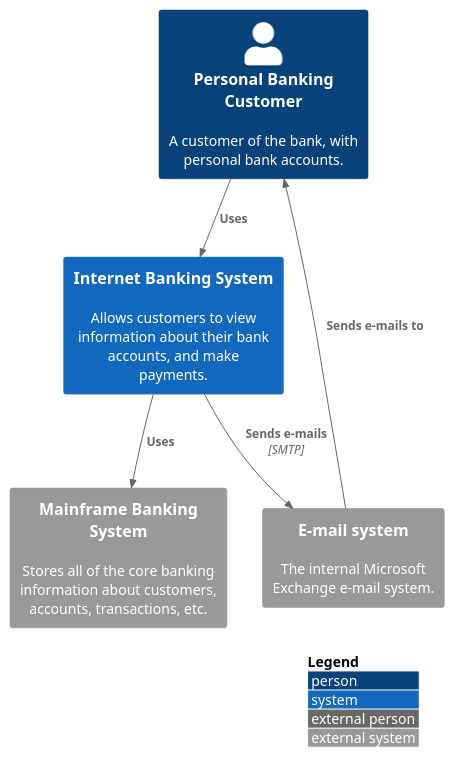
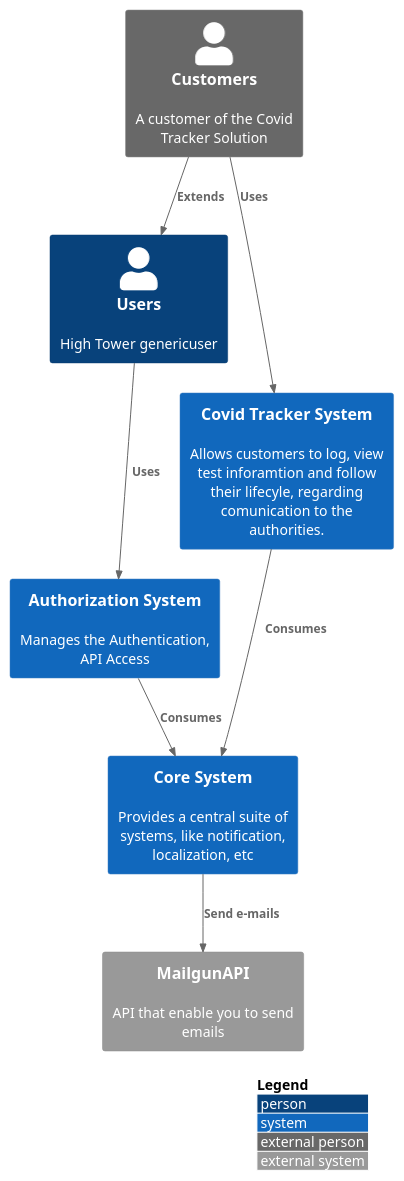
One commit to Huge-Tower/HT-Ecosystem changed the diagram in src/context.puml. Above: the diagram before and after it, drawn with PlantUML. The commit also changed 31 other files, not shown here.

Commit message:
Add First Diagrams

```diff
--- a/src/context.puml
+++ b/src/context.puml
@@ -1,15 +1,20 @@
-@startuml
+@startuml Context
 !include https://raw.githubusercontent.com/adrianvlupu/C4-PlantUML/latest/C4_Context.puml
 
 LAYOUT_WITH_LEGEND()
 
-Person(pbc, "Personal Banking Customer", "A customer of the bank, with personal bank accounts.")
-System(ibs, "Internet Banking System", "Allows customers to view information about their bank accounts, and make payments.")
-System_Ext(es, "E-mail system", "The internal Microsoft Exchange e-mail system.")
-System_Ext(mbs, "Mainframe Banking System", "Stores all of the core banking information about customers, accounts, transactions, etc.")
+System(authsys, "Authorization System", "Manages the Authentication, API Access")
+Person_Ext(covidtrackeruser, "Customers", "A customer of the Covid Tracker Solution")
+Person(htuser, "Users", "High Tower genericuser")
+System(covidtrackersys, "Covid Tracker System", "Allows customers to log, view test inforamtion and follow their lifecyle, regarding comunication to the authorities.")
+System(coresys, "Core System", "Provides a central suite of systems, like notification, localization, etc")
 
-Rel(pbc, ibs, "Uses")
-Rel(es, pbc, "Sends e-mails to")
-Rel(ibs, es, "Sends e-mails", "SMTP")
-Rel(ibs, mbs, "Uses")
+System_Ext(mailgunAPI, "MailgunAPI", "API that enable you to send emails")
+
+Rel(coresys, mailgunAPI, "Send e-mails")
+Rel(authsys, coresys, "Consumes")
+Rel(htuser, authsys, "Uses")
+Rel(covidtrackeruser,htuser , "Extends")
+Rel(covidtrackersys, coresys, "Consumes")
+Rel(covidtrackeruser, covidtrackersys, "Uses")
 @enduml
```
